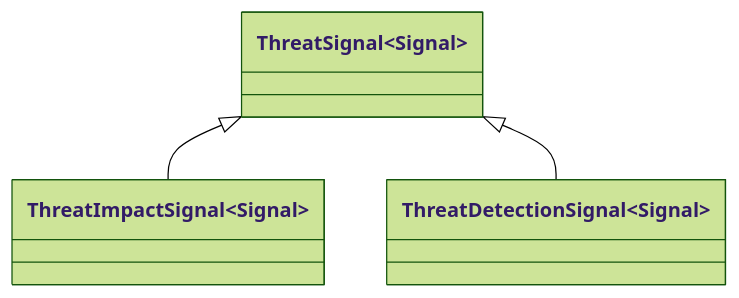
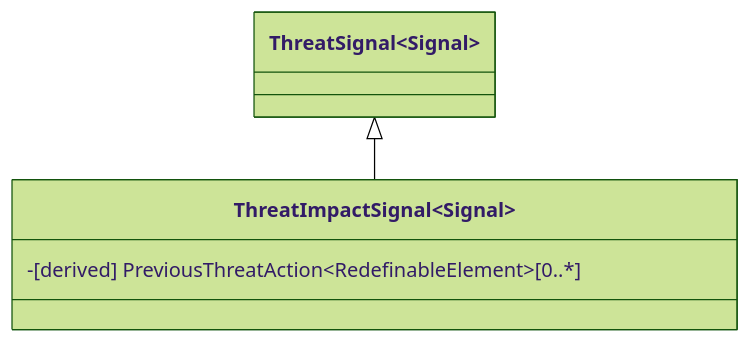
One commit to stuartfowler/CEMT changed diagram 14 of 23 in Documentation/stereotypes.md. Above: the diagram before and after it, drawn with Mermaid (forest theme). The commit also changed other lines of this file, not shown here.

````diff
--- a/Documentation/stereotypes.md
+++ b/Documentation/stereotypes.md
@@ -168,5 +188,7 @@
 ```mermaid
     classDiagram
+        class ThreatImpactSignal~Signal~ {      
+            -[derived] PreviousThreatAction~RedefinableElement~[0..*]
+        }
         ThreatSignal~Signal~ <|-- ThreatImpactSignal~Signal~
-        ThreatSignal <|-- ThreatDetectionSignal~Signal~
 ```
````
